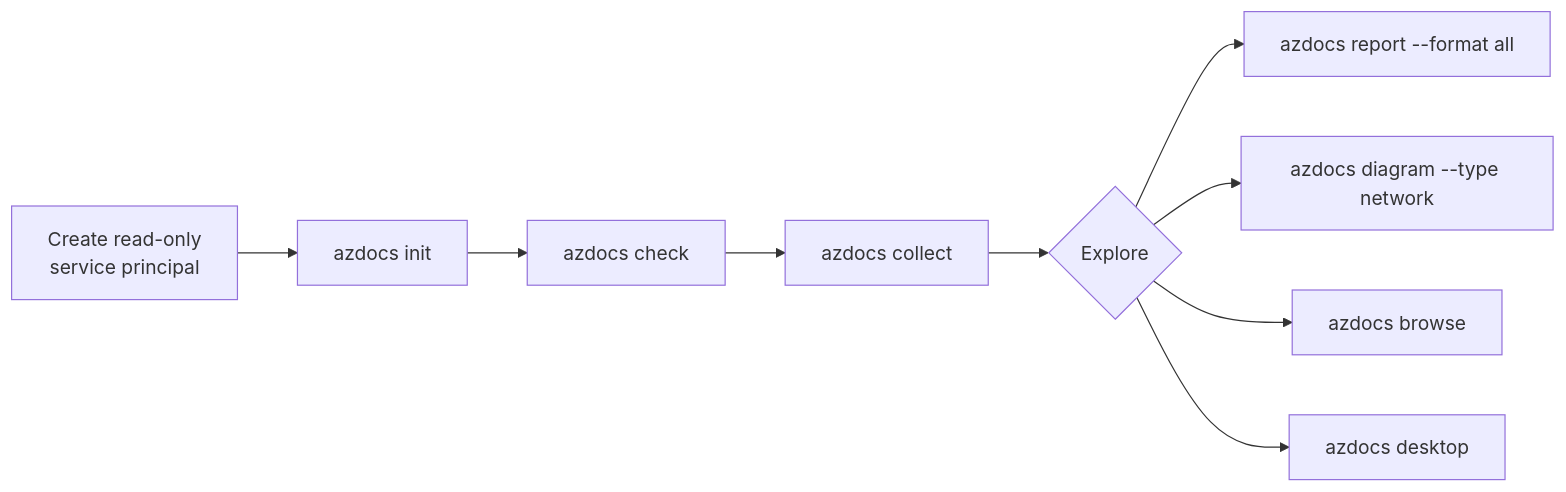
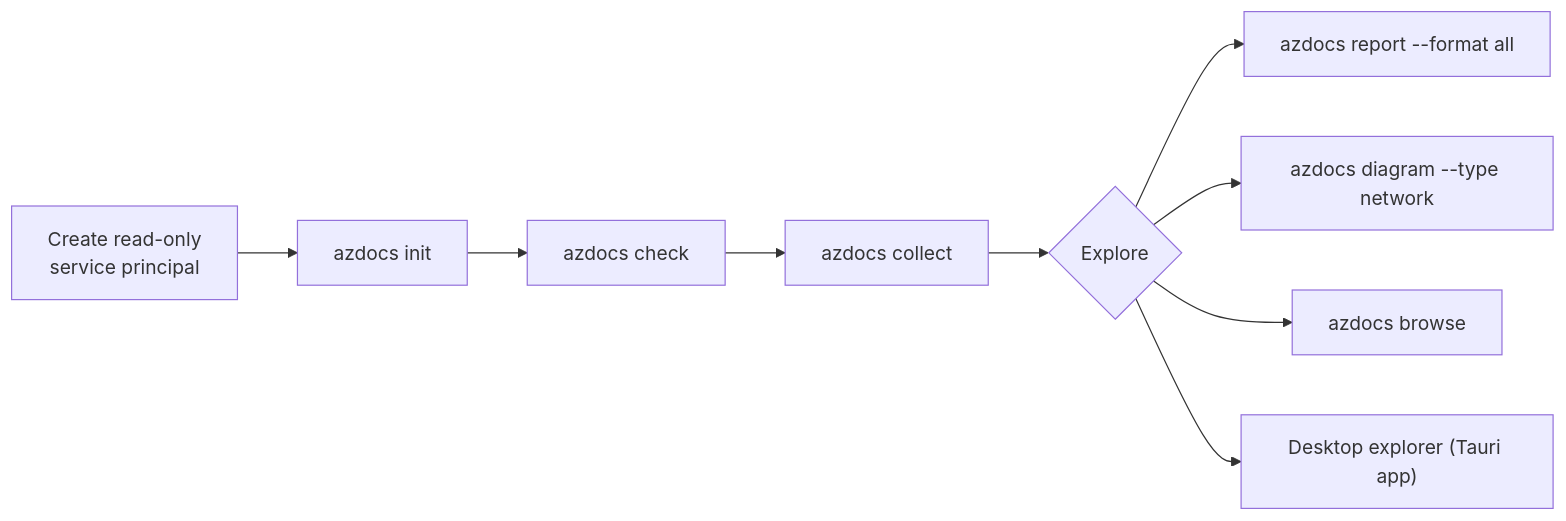
Before and after one commit to russmckendrick/azdocs: the diagram in docs/usage/README.md, drawn with Mermaid. The commit also changed 7 other files, not shown here.

````diff
--- a/docs/usage/README.md
+++ b/docs/usage/README.md
@@ -5,11 +5,11 @@
 ```mermaid
 flowchart LR
     sp[Create read-only<br/>service principal] --> init[azdocs init]
     init --> check[azdocs check]
     check --> collect[azdocs collect]
     collect --> out{Explore}
     out --> report[azdocs report --format all]
     out --> diagram[azdocs diagram --type network]
     out --> browse[azdocs browse]
-    out --> desktop[azdocs desktop]
+    out --> desktop["Desktop explorer (Tauri app)"]
 ```
````
